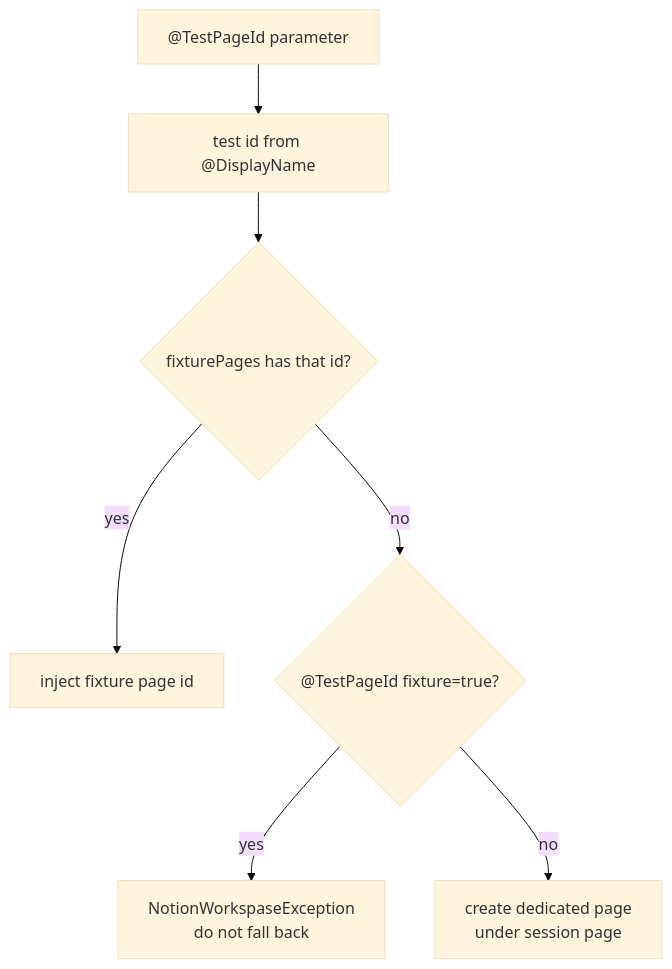
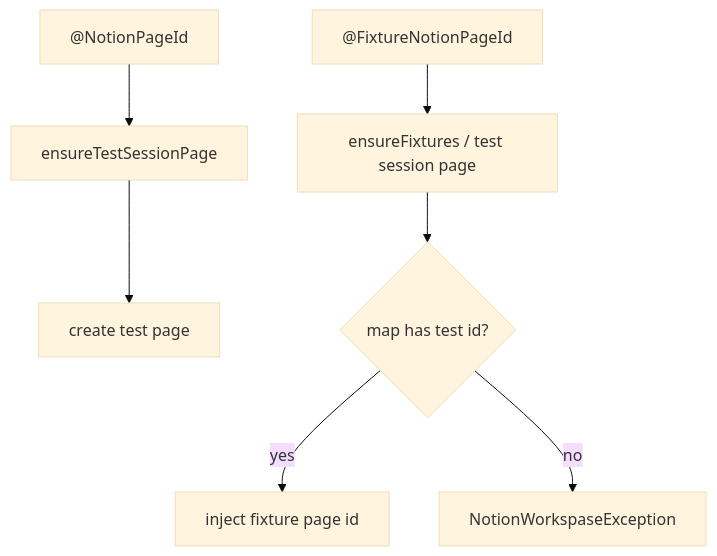
The fourth of 4 diagrams in docs/internals/testkit.md (kristaxlab/notion-sdk), drawn with Mermaid (base theme) before and after one commit. The commit also changed other lines of this file and 28 other files, not shown here.

````diff
--- a/docs/internals/testkit.md
+++ b/docs/internals/testkit.md
@@ -212,9 +200,9 @@
 ```mermaid
 flowchart TD
-  A["@TestPageId parameter"] --> B["test id from @DisplayName"]
-  B --> C{"fixturePages has that id?"}
-  C -->|yes| D["inject fixture page id"]
-  C -->|no| E{"@TestPageId fixture=true?"}
-  E -->|yes| F["NotionWorkspaseException<br/>do not fall back"]
-  E -->|no| G["create dedicated page<br/>under session page"]
+  A["@NotionPageId"] --> B["ensureTestSessionPage"]
+  B --> C["create test page"]
+  D["@FixtureNotionPageId"] --> E["ensureFixtures / test session page"]
+  E --> F{"map has test id?"}
+  F -->|yes| G["inject fixture page id"]
+  F -->|no| H["NotionWorkspaseException"]
 ```
````
